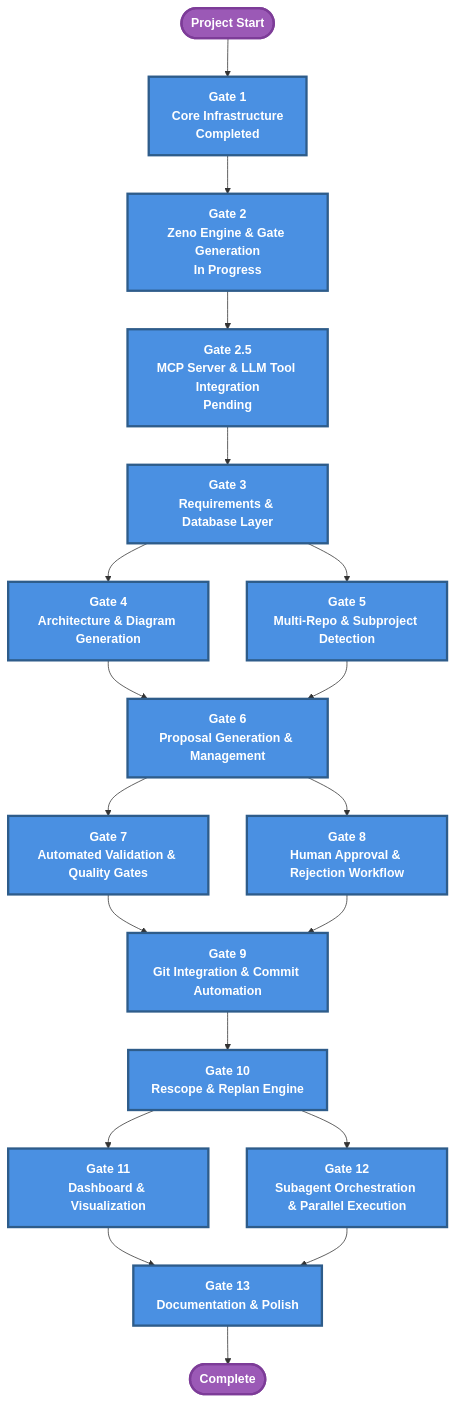
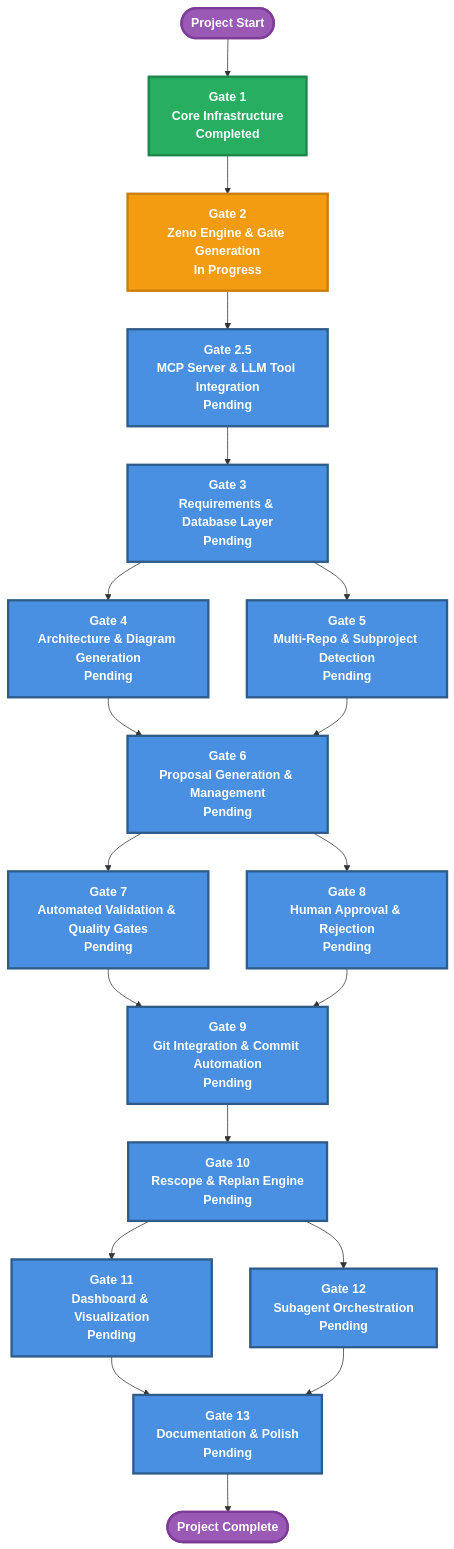
Before and after one commit to Duccci/Zenos-Planner: the diagram in zeno/architecture/gate-roadmap.md, drawn with Mermaid. The commit also changed other lines of this file and 103 other files, not shown here.

````diff
--- a/zeno/architecture/gate-roadmap.md
+++ b/zeno/architecture/gate-roadmap.md
@@ -13,39 +13,43 @@
 ```mermaid
 graph TB
     Start([Project Start]) --> G1[Gate 1<br/>Core Infrastructure<br/>Completed]
     
     G1 --> G2[Gate 2<br/>Zeno Engine & Gate Generation<br/>In Progress]
     
     G2 --> G2_5[Gate 2.5<br/>MCP Server & LLM Tool Integration<br/>Pending]
     
-    G2_5 --> G3[Gate 3<br/>Requirements & Database Layer]
+    G2_5 --> G3[Gate 3<br/>Requirements & Database Layer<br/>Pending]
     
-    G3 --> G4[Gate 4<br/>Architecture & Diagram Generation]
-    G3 --> G5[Gate 5<br/>Multi-Repo & Subproject Detection]
+    G3 --> G4[Gate 4<br/>Architecture & Diagram Generation<br/>Pending]
+    G3 --> G5[Gate 5<br/>Multi-Repo & Subproject Detection<br/>Pending]
     
-    G4 --> G6[Gate 6<br/>Proposal Generation & Management]
+    G4 --> G6[Gate 6<br/>Proposal Generation & Management<br/>Pending]
     G5 --> G6
     
-    G6 --> G7[Gate 7<br/>Automated Validation & Quality Gates]
-    G6 --> G8[Gate 8<br/>Human Approval & Rejection Workflow]
+    G6 --> G7[Gate 7<br/>Automated Validation & Quality Gates<br/>Pending]
+    G6 --> G8[Gate 8<br/>Human Approval & Rejection<br/>Pending]
     
-    G7 --> G9[Gate 9<br/>Git Integration & Commit Automation]
+    G7 --> G9[Gate 9<br/>Git Integration & Commit Automation<br/>Pending]
     G8 --> G9
     
-    G9 --> G10[Gate 10<br/>Rescope & Replan Engine]
+    G9 --> G10[Gate 10<br/>Rescope & Replan Engine<br/>Pending]
     
-    G10 --> G11[Gate 11<br/>Dashboard & Visualization]
-    G10 --> G12[Gate 12<br/>Subagent Orchestration & Parallel Execution]
+    G10 --> G11[Gate 11<br/>Dashboard & Visualization<br/>Pending]
+    G10 --> G12[Gate 12<br/>Subagent Orchestration<br/>Pending]
     
-    G11 --> G13[Gate 13<br/>Documentation & Polish]
+    G11 --> G13[Gate 13<br/>Documentation & Polish<br/>Pending]
     G12 --> G13
     
-    G13 --> End([Complete])
+    G13 --> End([Project Complete])
     
     %% Styling
-    classDef gateStyle fill:#4A90E2,stroke:#2E5C8A,stroke-width:3px,color:#fff,font-weight:bold
+    classDef completed fill:#27AE60,stroke:#1E8449,stroke-width:3px,color:#fff,font-weight:bold
+    classDef inProgress fill:#F39C12,stroke:#C87F0A,stroke-width:3px,color:#fff,font-weight:bold
+    classDef pending fill:#4A90E2,stroke:#2E5C8A,stroke-width:3px,color:#fff,font-weight:bold
     classDef startEndStyle fill:#9B59B6,stroke:#7D3C98,stroke-width:3px,color:#fff,font-weight:bold
     
-    class G1,G2,G2_5,G3,G4,G5,G6,G7,G8,G9,G10,G11,G12,G13 gateStyle
+    class G1 completed
+    class G2 inProgress
+    class G2_5,G3,G4,G5,G6,G7,G8,G9,G10,G11,G12,G13 pending
     class Start,End startEndStyle
 ```
````
